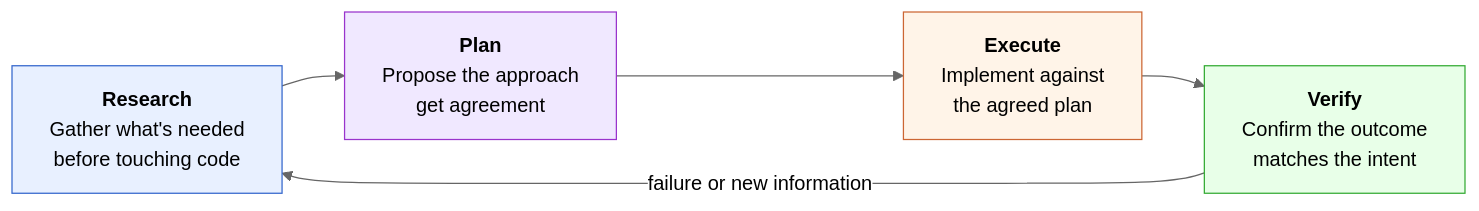
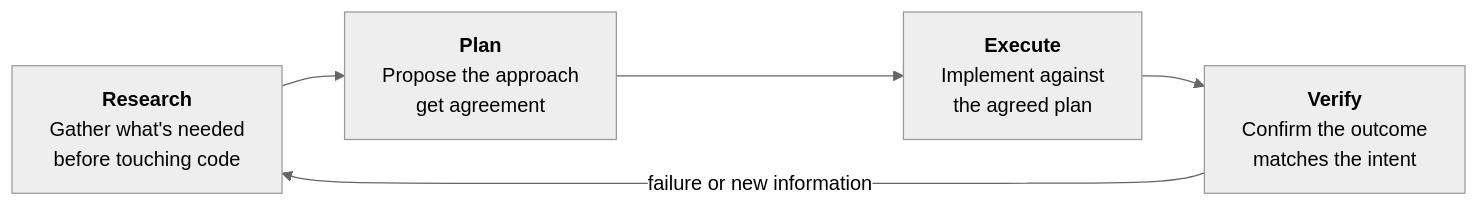
The first of 3 diagrams in src/content/harness-guide/07-part-5-feedback-loops.md (jsandino/ai-sandino), drawn with Mermaid (neutral theme) before and after one commit. The commit also changed other lines of this file and 6 other files, not shown here.

First line of the commit message:
refactor: colour the harness guide's diagrams by name

````diff
--- a/src/content/harness-guide/07-part-5-feedback-loops.md
+++ b/src/content/harness-guide/07-part-5-feedback-loops.md
@@ -19,15 +19,15 @@
 ```mermaid
 flowchart LR
     R["<b>Research</b><br/>Gather what's needed<br/>before touching code"]
     P["<b>Plan</b><br/>Propose the approach<br/>get agreement"]
     E["<b>Execute</b><br/>Implement against<br/>the agreed plan"]
     V["<b>Verify</b><br/>Confirm the outcome<br/>matches the intent"]
 
     R --> P --> E --> V
     V -->|"failure or new information"| R
 
-    style R fill:#e8f0ff,stroke:#36c,color:#000000
-    style P fill:#f0e8ff,stroke:#93c,color:#000000
-    style E fill:#fff4e8,stroke:#c63,color:#000000
-    style V fill:#e8ffe8,stroke:#3a3,color:#000000
+    class R sky
+    class P violet
+    class E amber
+    class V emerald
 ```
````
